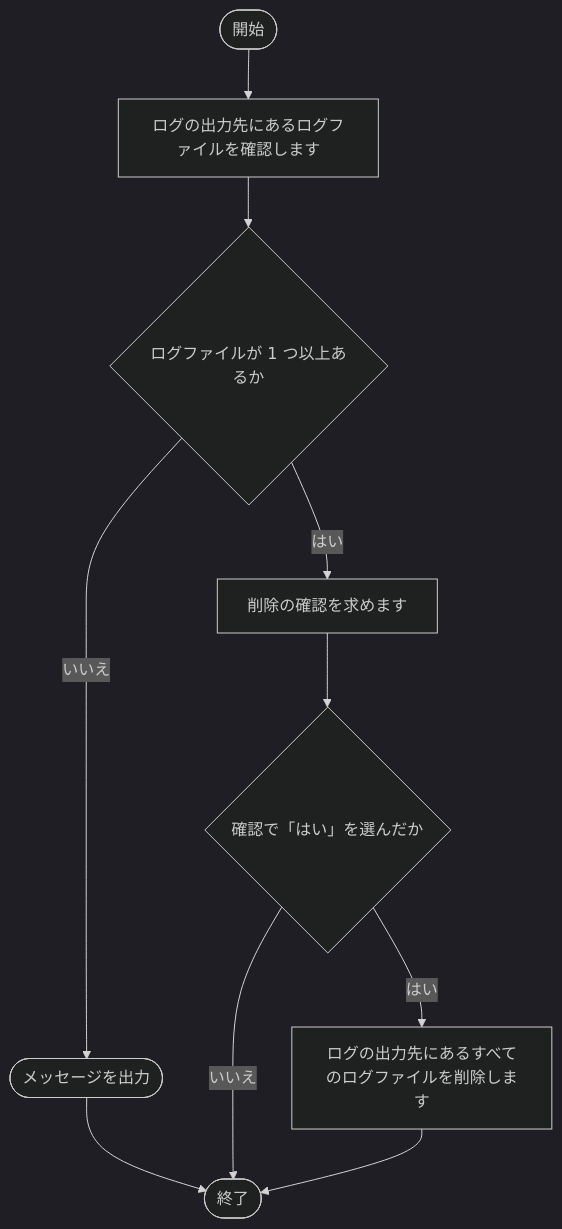
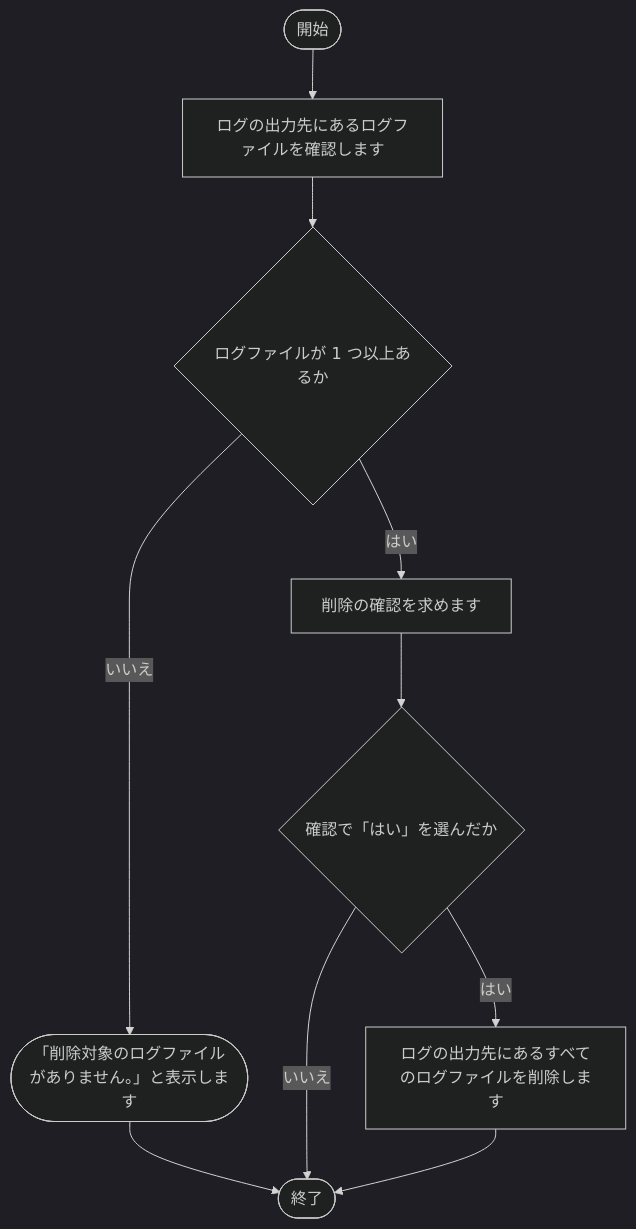
Before and after one commit to nishida2073/project_management: the fourth of 13 diagrams in tool/package-generator/doc/02_設計/処理フロー.md, drawn with Mermaid (dark theme). The commit also changed other lines of this file and 81 other files, not shown here.

````diff
--- a/tool/package-generator/doc/02_設計/処理フロー.md
+++ b/tool/package-generator/doc/02_設計/処理フロー.md
@@ -124,20 +134,20 @@
 ```mermaid
 flowchart TD
     S(["開始"])
     E(["終了"])
     N1["ログの出力先にあるログファイルを確認します"]
     S --> N1
     N2{"ログファイルが 1 つ以上あるか"}
     N1 --> N2
-    X1(["メッセージを出力"])
+    X1(["「削除対象のログファイルがありません。」と表示します"])
     N2 -- いいえ --> X1
     X1 --> E
     N3["削除の確認を求めます"]
     N2 -- はい --> N3
     N4{"確認で「はい」を選んだか"}
     N3 --> N4
     N4 -- いいえ --> E
     N5["ログの出力先にあるすべてのログファイルを削除します"]
     N4 -- はい --> N5
     N5 --> E
 ```
````
